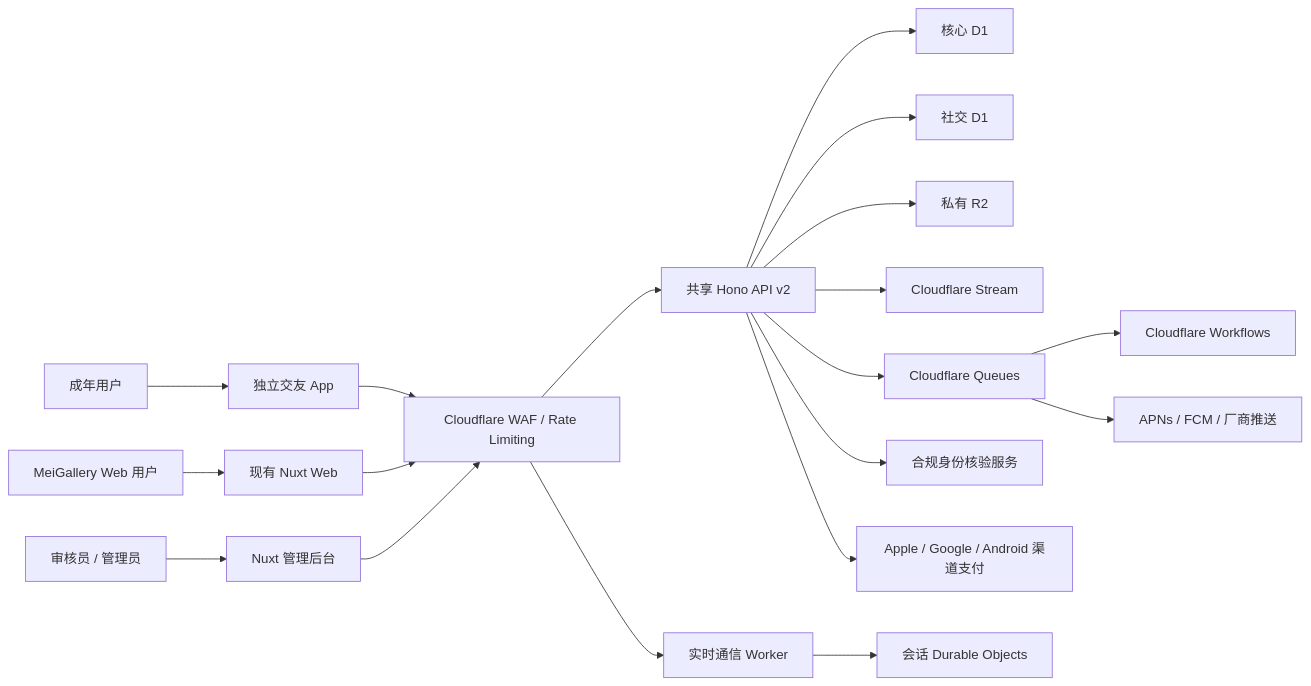
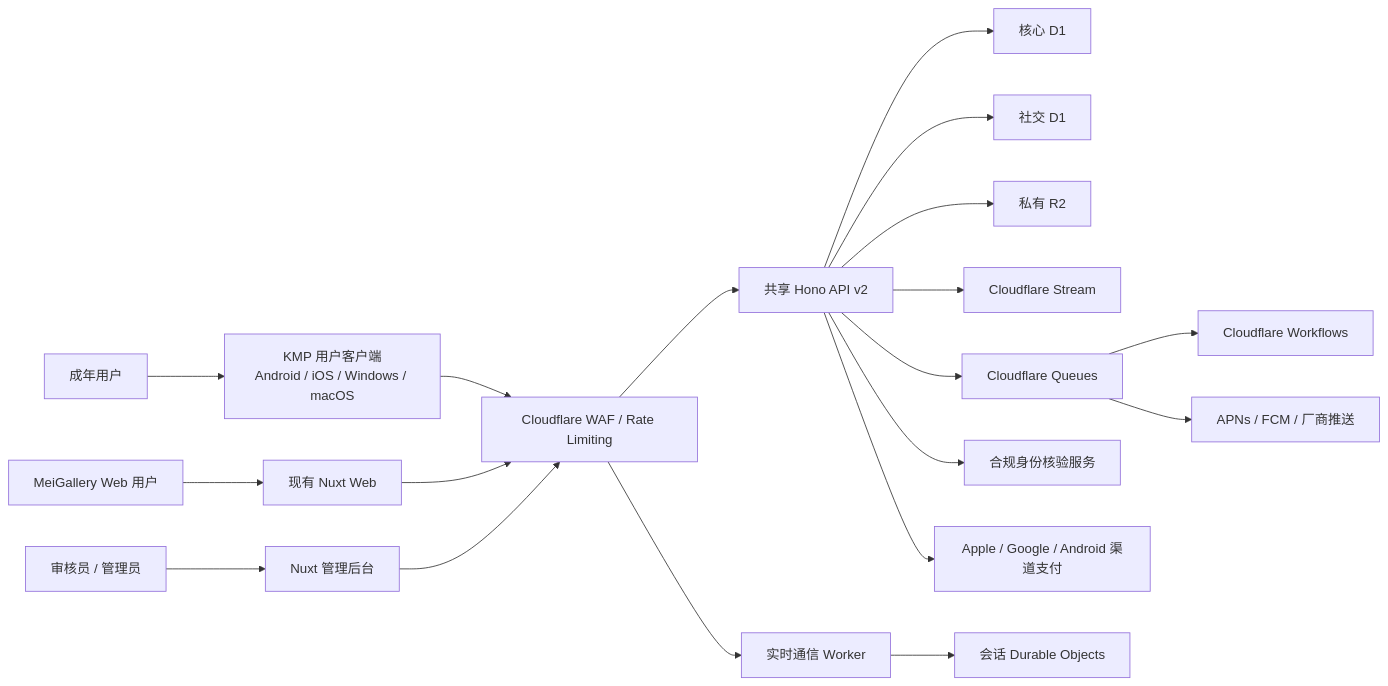
One commit to yyg20101/meigallery-cloudflare changed the first of 5 diagrams in docs/app/TECHNICAL_ARCHITECTURE.md. Above: the diagram before and after it, drawn with Mermaid. The commit also changed other lines of this file and 13 other files, not shown here.

````diff
--- a/docs/app/TECHNICAL_ARCHITECTURE.md
+++ b/docs/app/TECHNICAL_ARCHITECTURE.md
@@ -40,24 +41,24 @@
 ```mermaid
 flowchart LR
-    U["成年用户"] --> APP["独立交友 App"]
+    U["成年用户"] --> APP["KMP 用户客户端\nAndroid / iOS / Windows / macOS"]
     WU["MeiGallery Web 用户"] --> WEB["现有 Nuxt Web"]
     MOD["审核员 / 管理员"] --> ADMIN["Nuxt 管理后台"]
 
     APP --> EDGE["Cloudflare WAF / Rate Limiting"]
     WEB --> EDGE
     ADMIN --> EDGE
     EDGE --> API["共享 Hono API v2"]
     EDGE --> RT["实时通信 Worker"]
 
     API --> CORE["核心 D1"]
     API --> SOCIAL["社交 D1"]
     API --> R2["私有 R2"]
     API --> STREAM["Cloudflare Stream"]
     RT --> DO["会话 Durable Objects"]
     API --> Q["Cloudflare Queues"]
     Q --> WF["Cloudflare Workflows"]
 
     API --> IDV["合规身份核验服务"]
     API --> STORE["Apple / Google / Android 渠道支付"]
     Q --> PUSH["APNs / FCM / 厂商推送"]
 ```
````
